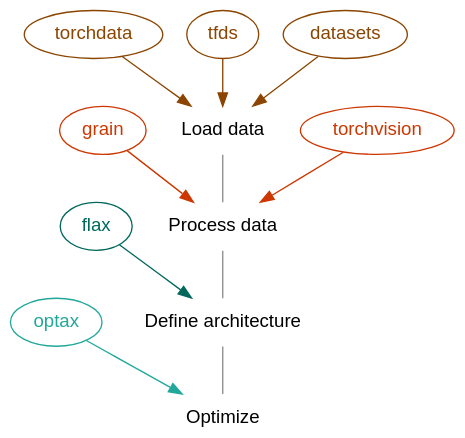
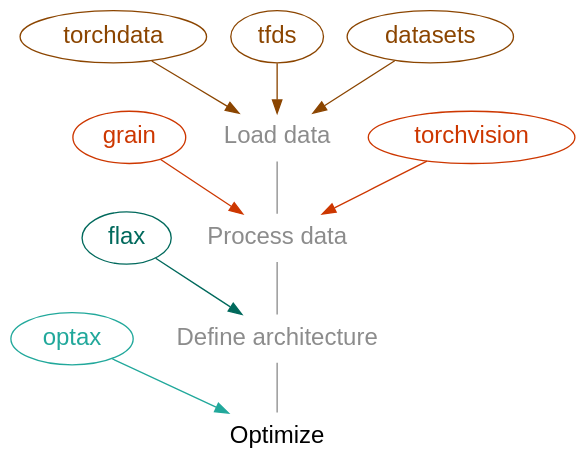
Diagram 12 of 15 in ai/jxai/fl_jax_slides.qmd (WestDRI/arc-training), drawn with Graphviz before and after one commit. The commit also changed other lines of this file, not shown here.

Commit message:
add training in the modular series of graphs

````diff
--- a/ai/jxai/fl_jax_slides.qmd
+++ b/ai/jxai/fl_jax_slides.qmd
@@ -535,38 +535,38 @@
 ```{dot}
 //| echo: false
-//| fig-width: 700px
+//| fig-width: 500px
 
 digraph {
 
 bgcolor="transparent"
-node [fontname="Inconsolata, sans-serif", color=gray55]
+node [fontname="Inconsolata, sans-serif", color=gray55, fontsize="18pt"]
 edge [color=gray55]
 
-load [label="Load data", shape=plaintext, group=g1]
-proc [label="Process data", shape=plaintext, group=g1]
-nn [label="Define architecture", shape=plaintext, group=g1]
+load [label="Load data", shape=plaintext, group=g1, fontcolor=gray55]
+proc [label="Process data", shape=plaintext, group=g1, fontcolor=gray55]
+nn [label="Define architecture", shape=plaintext, group=g1, fontcolor=gray55]
 opt [label="Optimize", shape=plaintext, group=g1]
 
 pt [label=torchdata, fontcolor=darkorange4, color=darkorange4]
 tfds [label=tfds, group=g2, fontcolor=darkorange4, color=darkorange4]
 dt [label=datasets, fontcolor=darkorange4, color=darkorange4]
 
 gr [label=grain, fontcolor=orangered3, color=orangered3]
 tv [label=torchvision, fontcolor=orangered3, color=orangered3]
 
 fl [label=flax, group=g2, fontcolor="#00695C", color="#00695C"]
 
 oa [label=optax, group=g2, fontcolor="#21A89B", color="#21A89B"]
 
 {rank=same; gr load tv}
 gr -> load -> tv [style=invis]
 
 {pt tfds dt} -> load [color=darkorange4]
 {gr tv} -> proc [color=orangered3]
 fl -> nn [color="#00695C"]
 oa -> opt [color="#21A89B"]
 
 load -> proc -> nn -> opt [dir=none]
 
 }
 ```
````
